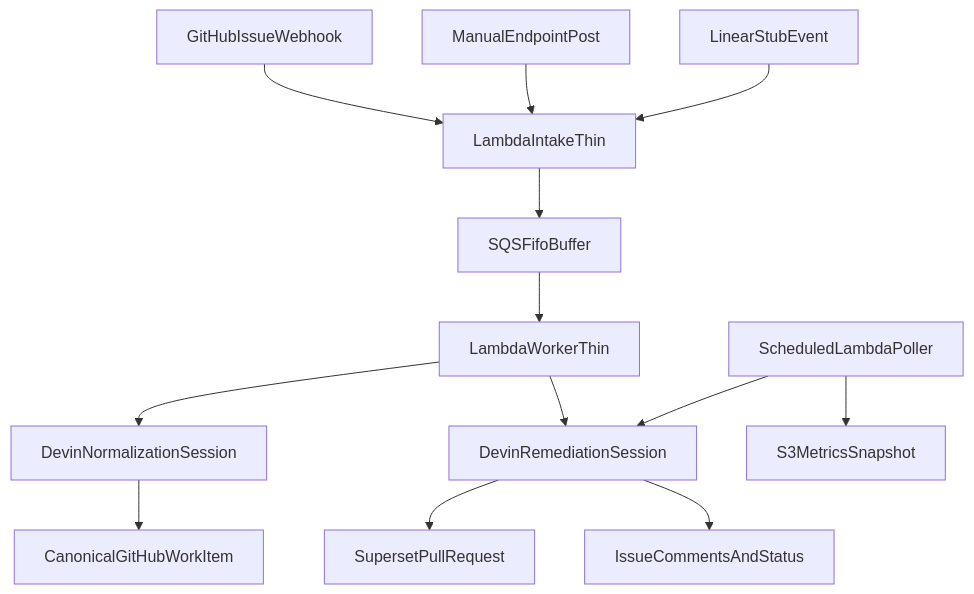
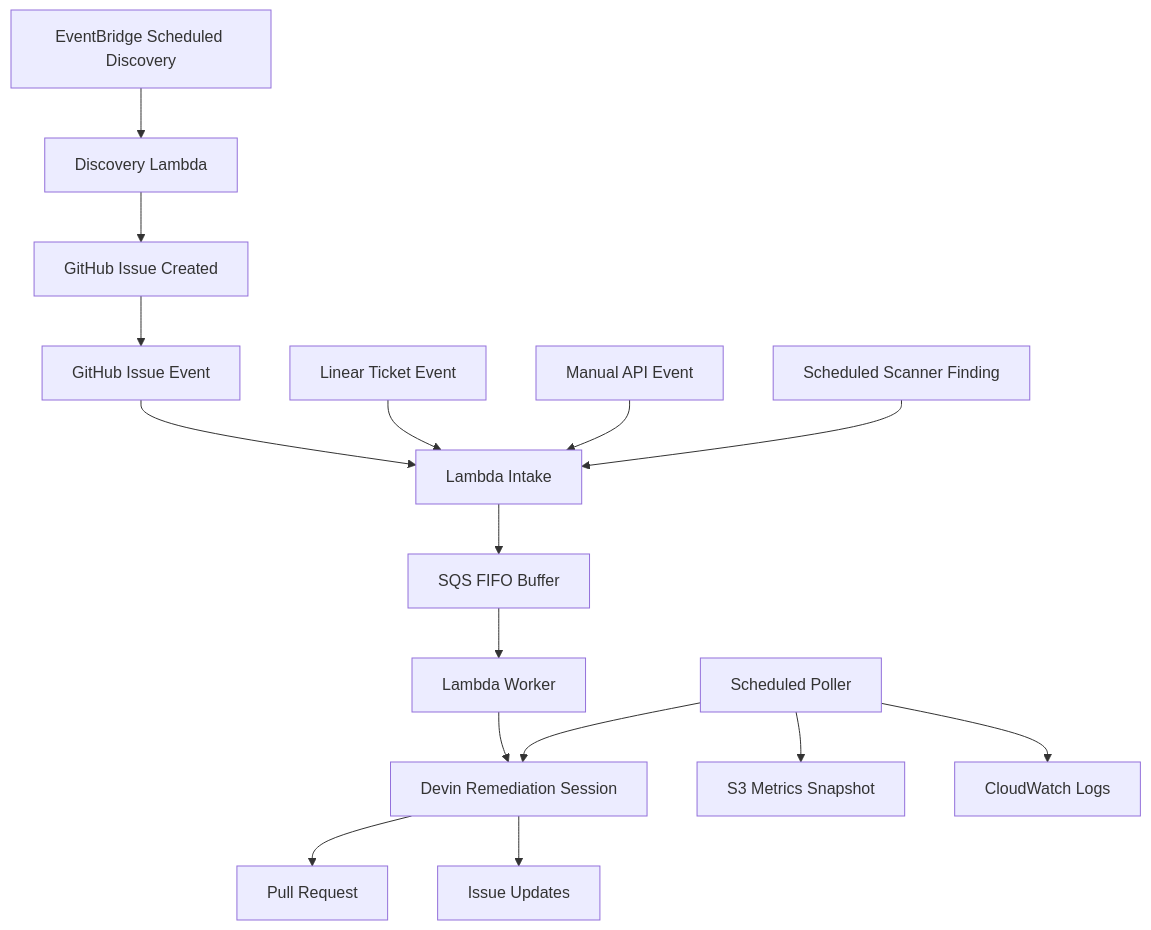
Before and after one commit to C0smicCrush/devin-vuln-automation: the diagram in README.md, drawn with Mermaid. The commit also changed other lines of this file and 11 other files, not shown here.

First line of the commit message:
feat: add scheduled discovery and align remediation flow

````diff
--- a/README.md
+++ b/README.md
@@ -38,15 +158,18 @@
 ```mermaid
 flowchart TD
-    github[GitHubIssueWebhook] --> intake[LambdaIntakeThin]
-    manual[ManualEndpointPost] --> intake
-    linear[LinearStubEvent] --> intake
-    intake --> buffer[SQSFifoBuffer]
-    buffer --> worker[LambdaWorkerThin]
-    worker --> devinNormalize[DevinNormalizationSession]
-    devinNormalize --> trackedIssue[CanonicalGitHubWorkItem]
-    worker --> devinFix[DevinRemediationSession]
-    devinFix --> prs[SupersetPullRequest]
-    devinFix --> issues[IssueCommentsAndStatus]
-    poller[ScheduledLambdaPoller] --> devinFix
-    poller --> reports[S3MetricsSnapshot]
+    github[GitHub Issue Event] --> intake[Lambda Intake]
+    linear[Linear Ticket Event] --> intake
+    manual[Manual API Event] --> intake
+    scanner[Scheduled Scanner Finding] --> intake
+    discovery[EventBridge Scheduled Discovery] --> discoverylambda[Discovery Lambda]
+    discoverylambda --> discoveryissue[GitHub Issue Created]
+    discoveryissue --> github
+    intake --> buffer[SQS FIFO Buffer]
+    buffer --> worker[Lambda Worker]
+    worker --> devin[Devin Remediation Session]
+    devin --> pr[Pull Request]
+    devin --> issue[Issue Updates]
+    poller[Scheduled Poller] --> devin
+    poller --> metrics[S3 Metrics Snapshot]
+    poller --> logs[CloudWatch Logs]
 ```
````
